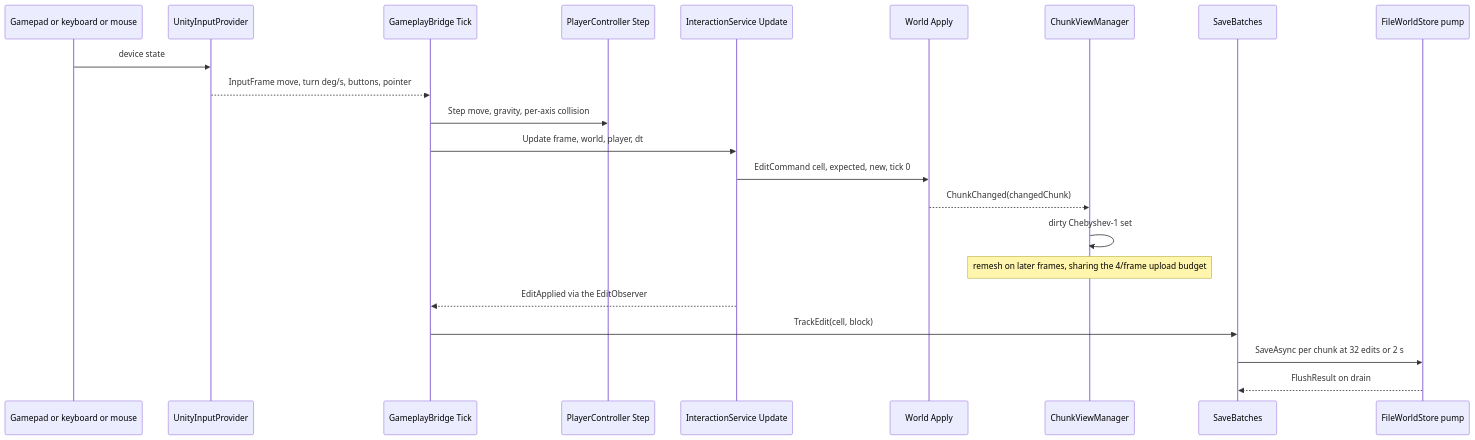
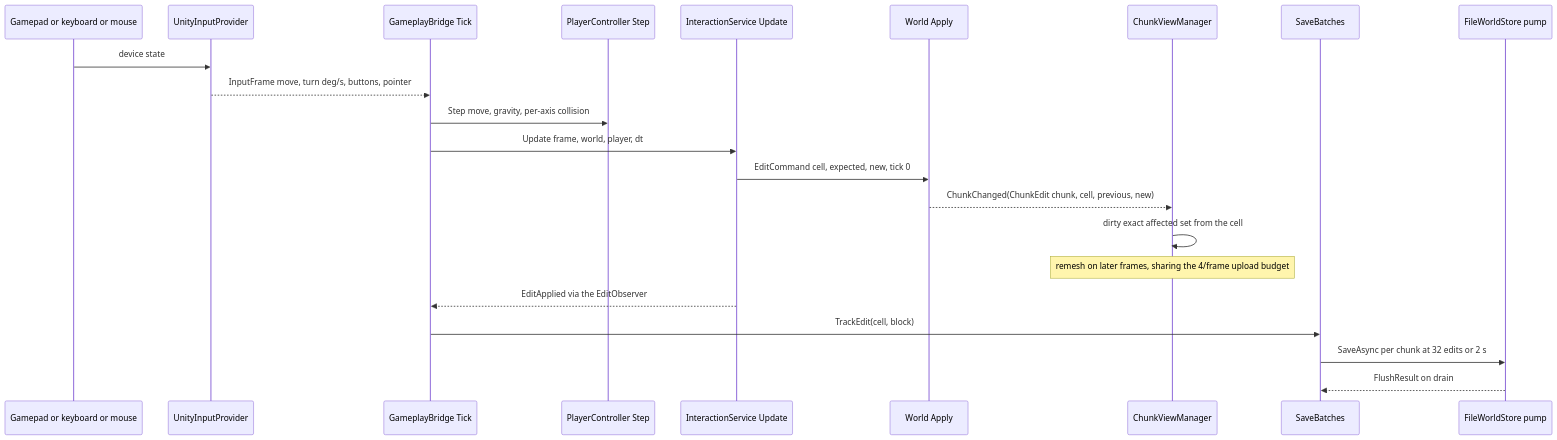
Before and after one commit to sufiankane/minecraft-vr: the fourth of 7 diagrams in docs/ARCHITECTURE.md, drawn with Mermaid. The commit also changed other lines of this file and 81 other files, not shown here.

````diff
--- a/docs/ARCHITECTURE.md
+++ b/docs/ARCHITECTURE.md
@@ -361,25 +363,25 @@
 ```mermaid
 sequenceDiagram
     participant DEV as Gamepad or keyboard or mouse
     participant IP as UnityInputProvider
     participant GB as GameplayBridge Tick
     participant PC as PlayerController Step
     participant IS as InteractionService Update
     participant W as World Apply
     participant CVM as ChunkViewManager
     participant SB as SaveBatches
     participant FS as FileWorldStore pump
 
     DEV->>IP: device state
     IP-->>GB: InputFrame move, turn deg/s, buttons, pointer
     GB->>PC: Step move, gravity, per-axis collision
     GB->>IS: Update frame, world, player, dt
     IS->>W: EditCommand cell, expected, new, tick 0
-    W-->>CVM: ChunkChanged(changedChunk)
-    CVM->>CVM: dirty Chebyshev-1 set
+    W-->>CVM: ChunkChanged(ChunkEdit chunk, cell, previous, new)
+    CVM->>CVM: dirty exact affected set from the cell
     Note over CVM: remesh on later frames, sharing the 4/frame upload budget
     IS-->>GB: EditApplied via the EditObserver
     GB->>SB: TrackEdit(cell, block)
     SB->>FS: SaveAsync per chunk at 32 edits or 2 s
     FS-->>SB: FlushResult on drain
 ```
````
